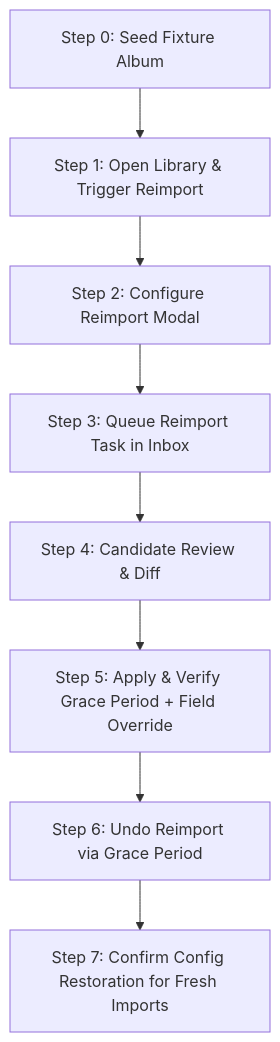
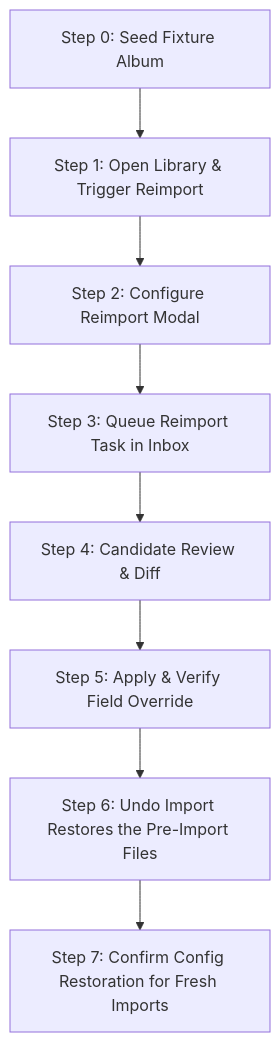
One commit to e13h/beets-webimport changed the diagram in docs/playbooks/07-reimport-end-to-end.md. Above: the diagram before and after it, drawn with Mermaid. The commit also changed other lines of this file and 8 other files, not shown here.

First line of the commit message:
Playbooks: rework for move mode and Undo import

````diff
--- a/docs/playbooks/07-reimport-end-to-end.md
+++ b/docs/playbooks/07-reimport-end-to-end.md
@@ -63,10 +57,10 @@
 ```mermaid
 graph TD
     A[Step 0: Seed Fixture Album] --> B[Step 1: Open Library & Trigger Reimport]
     B --> C[Step 2: Configure Reimport Modal]
     C --> D[Step 3: Queue Reimport Task in Inbox]
     D --> C2[Step 4: Candidate Review & Diff]
-    C2 --> E[Step 5: Apply & Verify Grace Period + Field Override]
-    E --> F[Step 6: Undo Reimport via Grace Period]
+    C2 --> E[Step 5: Apply & Verify Field Override]
+    E --> F[Step 6: Undo Import Restores the Pre-Import Files]
     F --> G[Step 7: Confirm Config Restoration for Fresh Imports]
 ```
````
